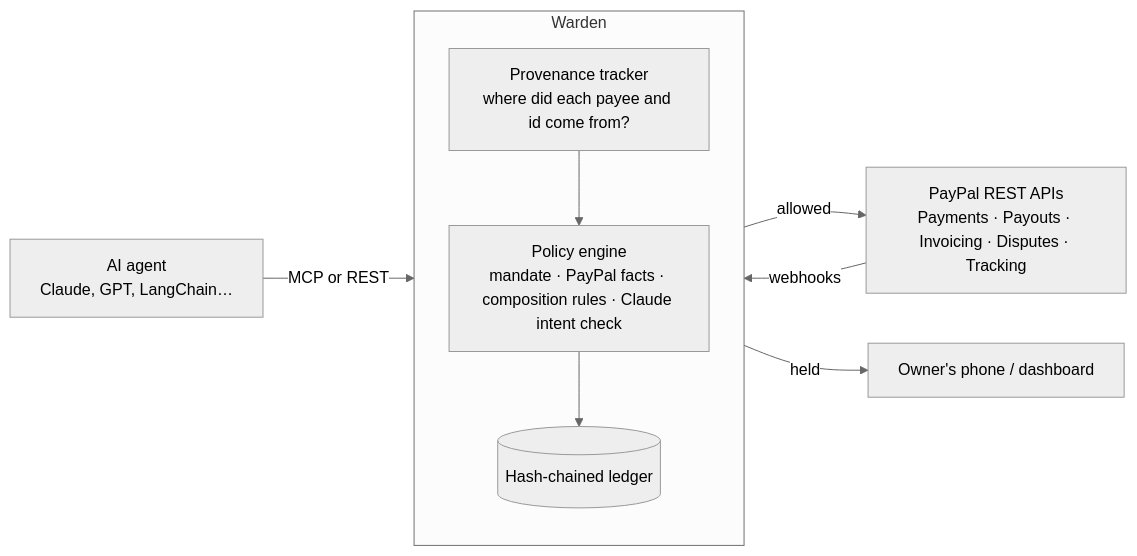
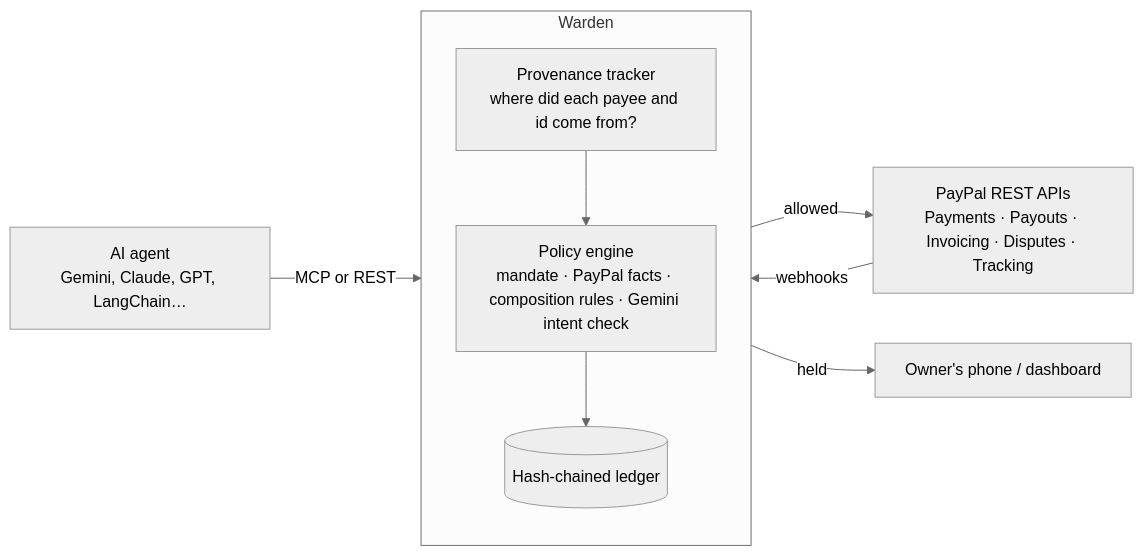
Before and after one commit to arnavgupta2004/Warden: the diagram in README.md, drawn with Mermaid (neutral theme). The commit also changed other lines of this file and 18 other files, not shown here.

````diff
--- a/README.md
+++ b/README.md
@@ -19,14 +19,14 @@
 ```mermaid
 flowchart LR
-    A[AI agent<br/>Claude, GPT, LangChain…] -- MCP or REST --> W
+    A[AI agent<br/>Gemini, Claude, GPT, LangChain…] -- MCP or REST --> W
     subgraph W[Warden]
       direction TB
       P[Provenance tracker<br/>where did each payee and id come from?]
-      E[Policy engine<br/>mandate · PayPal facts · composition rules · Claude intent check]
+      E[Policy engine<br/>mandate · PayPal facts · composition rules · Gemini intent check]
       L[(Hash-chained ledger)]
       P --> E --> L
     end
     W -- allowed --> PP[PayPal REST APIs<br/>Payments · Payouts · Invoicing · Disputes · Tracking]
     W -- held --> H[Owner's phone / dashboard]
     PP -- webhooks --> W
 ```
````
